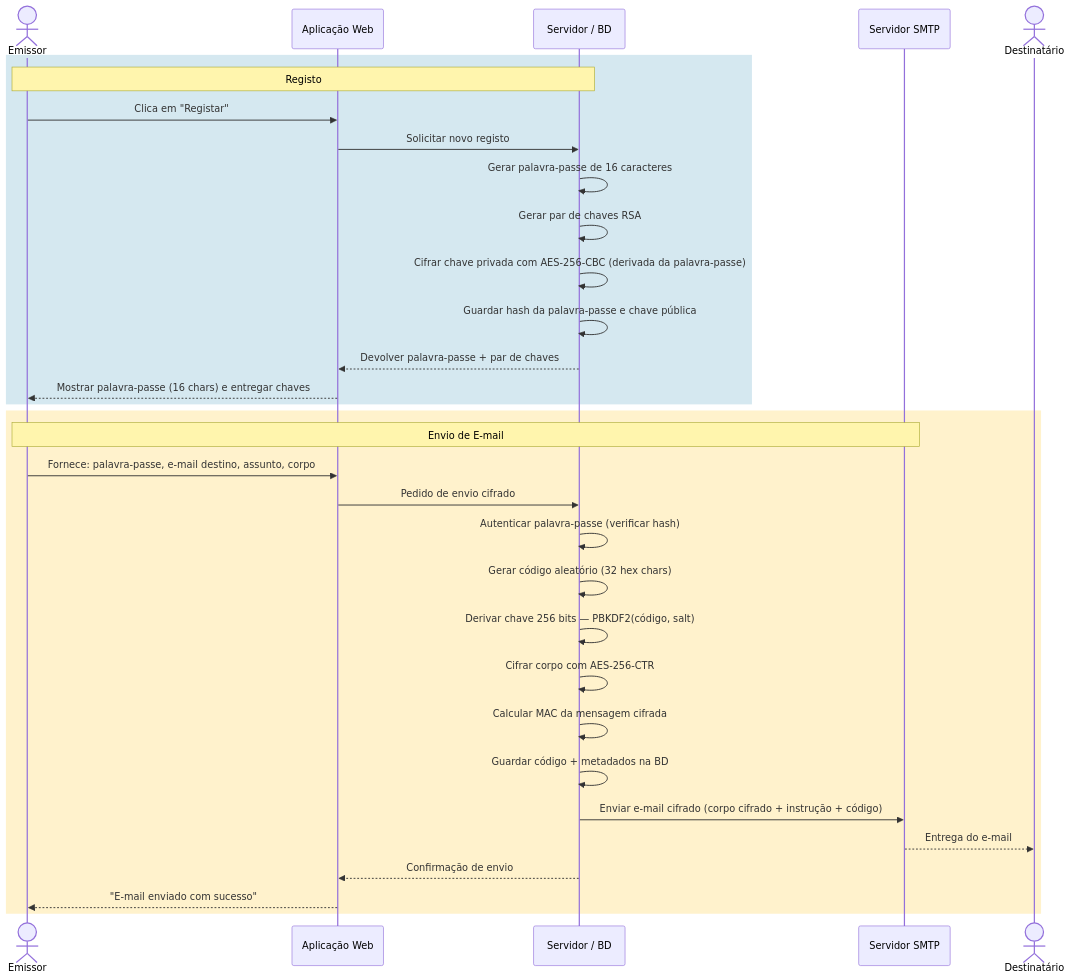
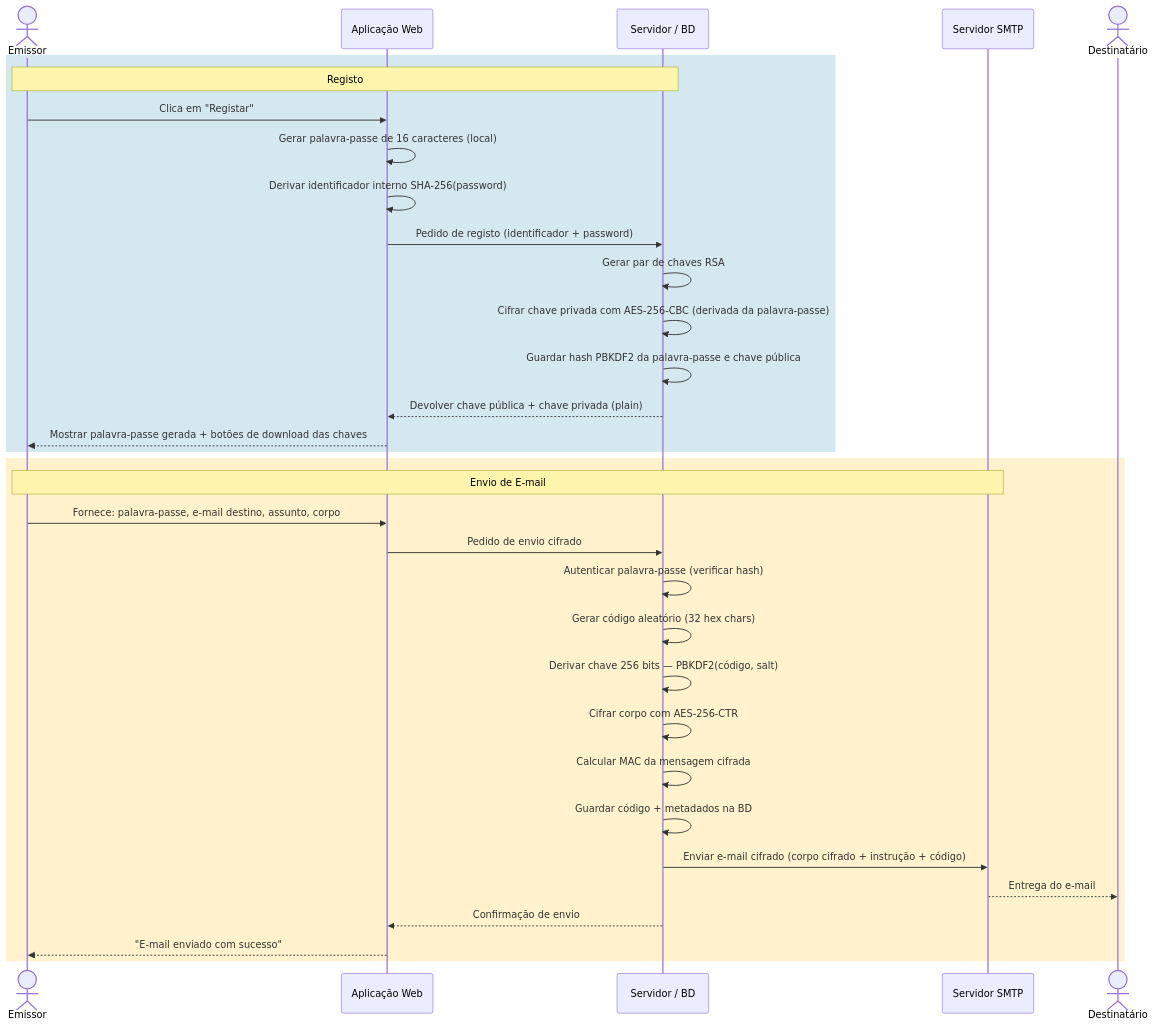
One commit to Brunocor26/SI_Ok_Eu_CONFESSO changed the fourth of 5 diagrams in diagramas_OK-Eu-CONFESSO.md. Above: the diagram before and after it, drawn with Mermaid. The commit also changed other lines of this file and 11 other files, not shown here.

Commit message:
feat: enhance message decryption flow with private key validation and update related components

````diff
--- a/diagramas_OK-Eu-CONFESSO.md
+++ b/diagramas_OK-Eu-CONFESSO.md
@@ -130,36 +133,37 @@
 ```mermaid
 sequenceDiagram
     actor Emissor
     participant App as Aplicação Web
     participant Srv as Servidor / BD
     participant SMTP as Servidor SMTP
     actor Destinatário
 
     rect rgb(213, 232, 240)
         Note over Emissor,Srv: Registo
         Emissor->>App: Clica em "Registar"
-        App->>Srv: Solicitar novo registo
-        Srv->>Srv: Gerar palavra-passe de 16 caracteres
+        App->>App: Gerar palavra-passe de 16 caracteres (local)
+        App->>App: Derivar identificador interno SHA-256(password)
+        App->>Srv: Pedido de registo (identificador + password)
         Srv->>Srv: Gerar par de chaves RSA
         Srv->>Srv: Cifrar chave privada com AES-256-CBC (derivada da palavra-passe)
-        Srv->>Srv: Guardar hash da palavra-passe e chave pública
-        Srv-->>App: Devolver palavra-passe + par de chaves
-        App-->>Emissor: Mostrar palavra-passe (16 chars) e entregar chaves
+        Srv->>Srv: Guardar hash PBKDF2 da palavra-passe e chave pública
+        Srv-->>App: Devolver chave pública + chave privada (plain)
+        App-->>Emissor: Mostrar palavra-passe gerada + botões de download das chaves
     end
 
     rect rgb(255, 242, 204)
         Note over Emissor,SMTP: Envio de E-mail
         Emissor->>App: Fornece: palavra-passe, e-mail destino, assunto, corpo
         App->>Srv: Pedido de envio cifrado
         Srv->>Srv: Autenticar palavra-passe (verificar hash)
         Srv->>Srv: Gerar código aleatório (32 hex chars)
         Srv->>Srv: Derivar chave 256 bits — PBKDF2(código, salt)
         Srv->>Srv: Cifrar corpo com AES-256-CTR
         Srv->>Srv: Calcular MAC da mensagem cifrada
         Srv->>Srv: Guardar código + metadados na BD
         Srv->>SMTP: Enviar e-mail cifrado (corpo cifrado + instrução + código)
         SMTP-->>Destinatário: Entrega do e-mail
         Srv-->>App: Confirmação de envio
         App-->>Emissor: "E-mail enviado com sucesso"
     end
 ```
````
